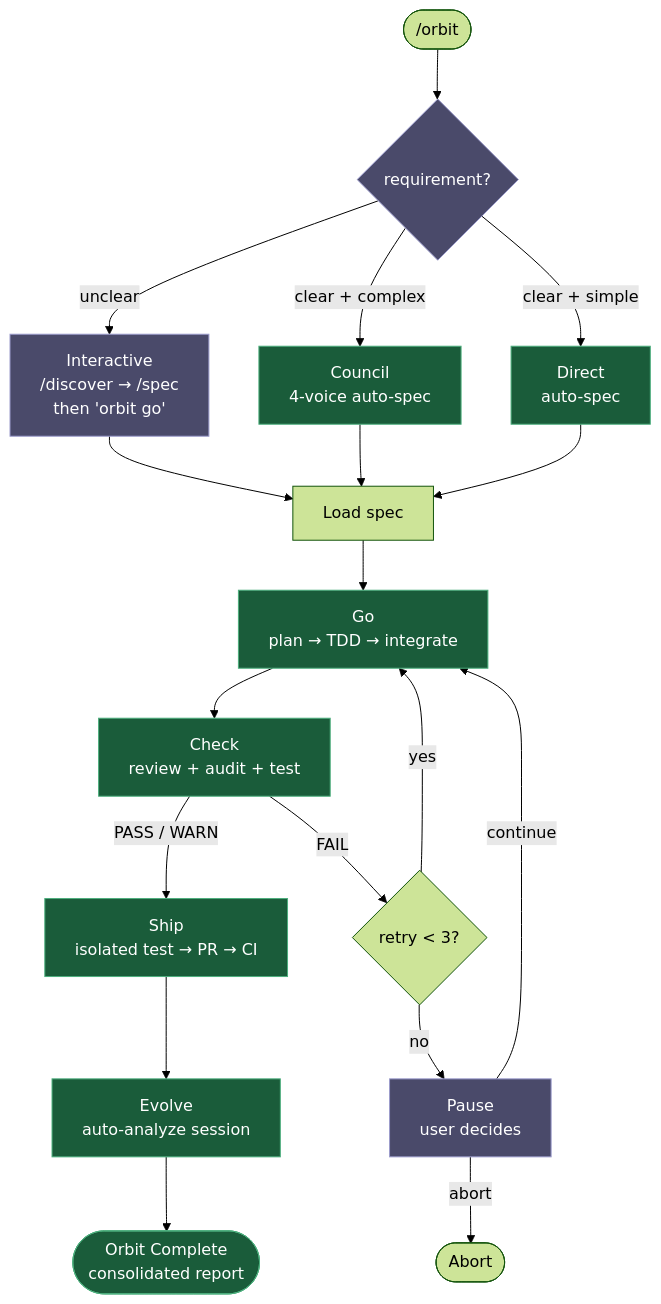
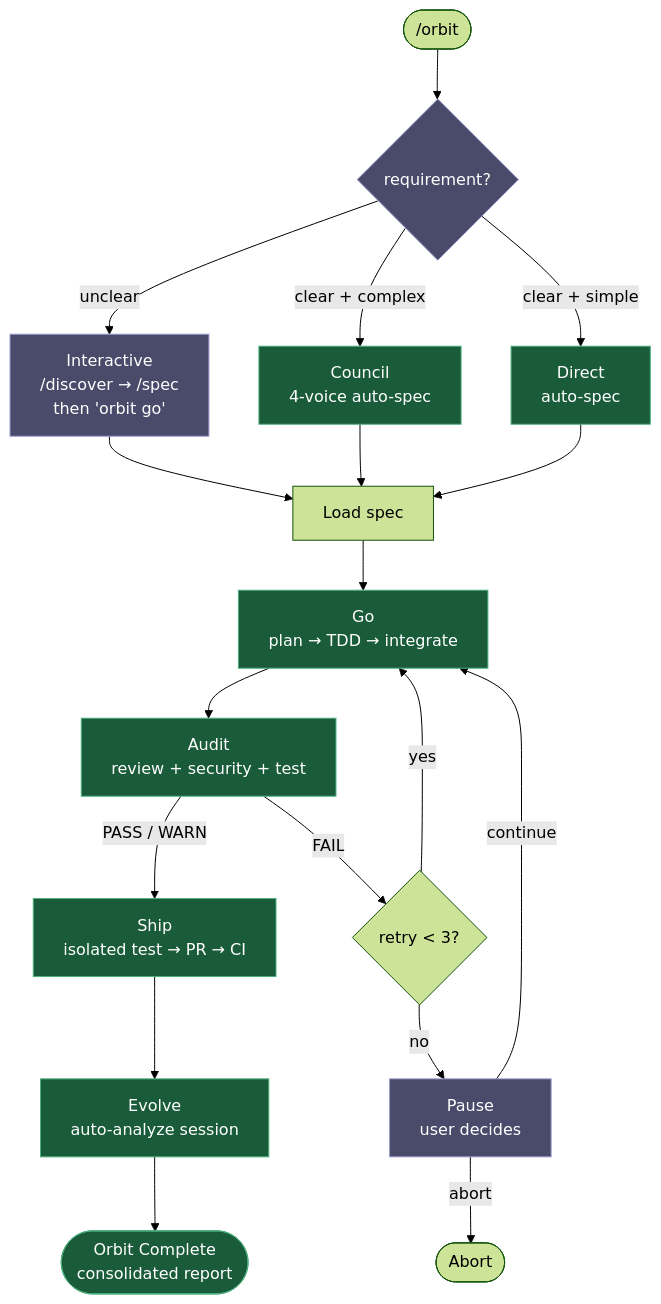
The first of 2 diagrams in i18n/ko/README.md (epicsagas/epic-harness), drawn with Mermaid (forest theme) before and after one commit. The commit also changed other lines of this file and 28 other files, not shown here.

First line of the commit message:
refactor(skills): rename check skill to audit

````diff
--- a/i18n/ko/README.md
+++ b/i18n/ko/README.md
@@ -196,23 +196,23 @@
 ```mermaid
 flowchart TD
     START(["/orbit"]) --> MODE{"requirement?"}:::human
     MODE -->|"unclear"| WAIT["Interactive\n/discover → /spec\nthen 'orbit go'"]:::human
     MODE -->|"clear + complex"| COUNCIL["Council\n4-voice auto-spec"]:::auto
     MODE -->|"clear + simple"| DIRECT["Direct\nauto-spec"]:::auto
     WAIT --> SPEC_LOAD["Load spec"]
     COUNCIL --> SPEC_LOAD
     DIRECT --> SPEC_LOAD
     SPEC_LOAD --> GO["Go\nplan → TDD → integrate"]:::auto
-    GO --> CHECK["Check\nreview + audit + test"]:::auto
-    CHECK -->|"PASS / WARN"| SHIP["Ship\nisolated test → PR → CI"]:::auto
-    CHECK -->|FAIL| RETRY{"retry < 3?"}
+    GO --> AUDIT["Audit\nreview + security + test"]:::auto
+    AUDIT -->|"PASS / WARN"| SHIP["Ship\nisolated test → PR → CI"]:::auto
+    AUDIT -->|FAIL| RETRY{"retry < 3?"}
     RETRY -->|yes| GO
     RETRY -->|no| PAUSE["Pause\nuser decides"]:::human
     PAUSE -->|continue| GO
     PAUSE -->|abort| ABORT(["Abort"])
     SHIP --> EVOLVE["Evolve\nauto-analyze session"]:::auto
     EVOLVE --> DONE(["Orbit Complete\nconsolidated report"]):::auto
 
     classDef human fill:#4a4a6a,stroke:#9b9bcc,color:#fff
     classDef auto  fill:#1a5c3a,stroke:#4caf7d,color:#fff
 ```
````
